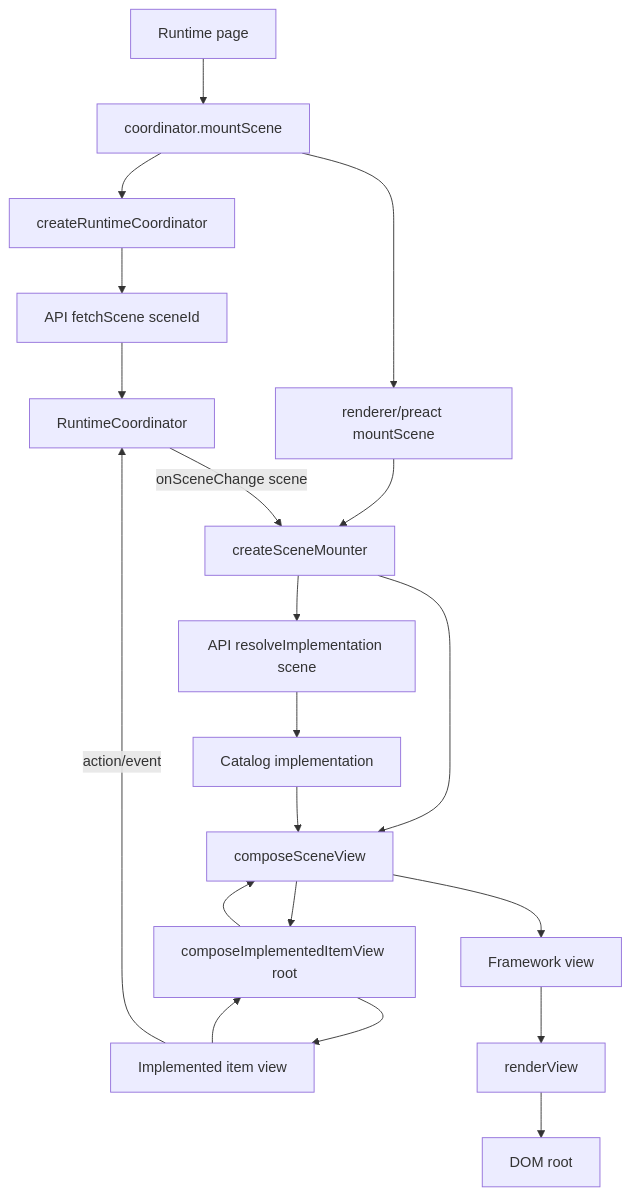
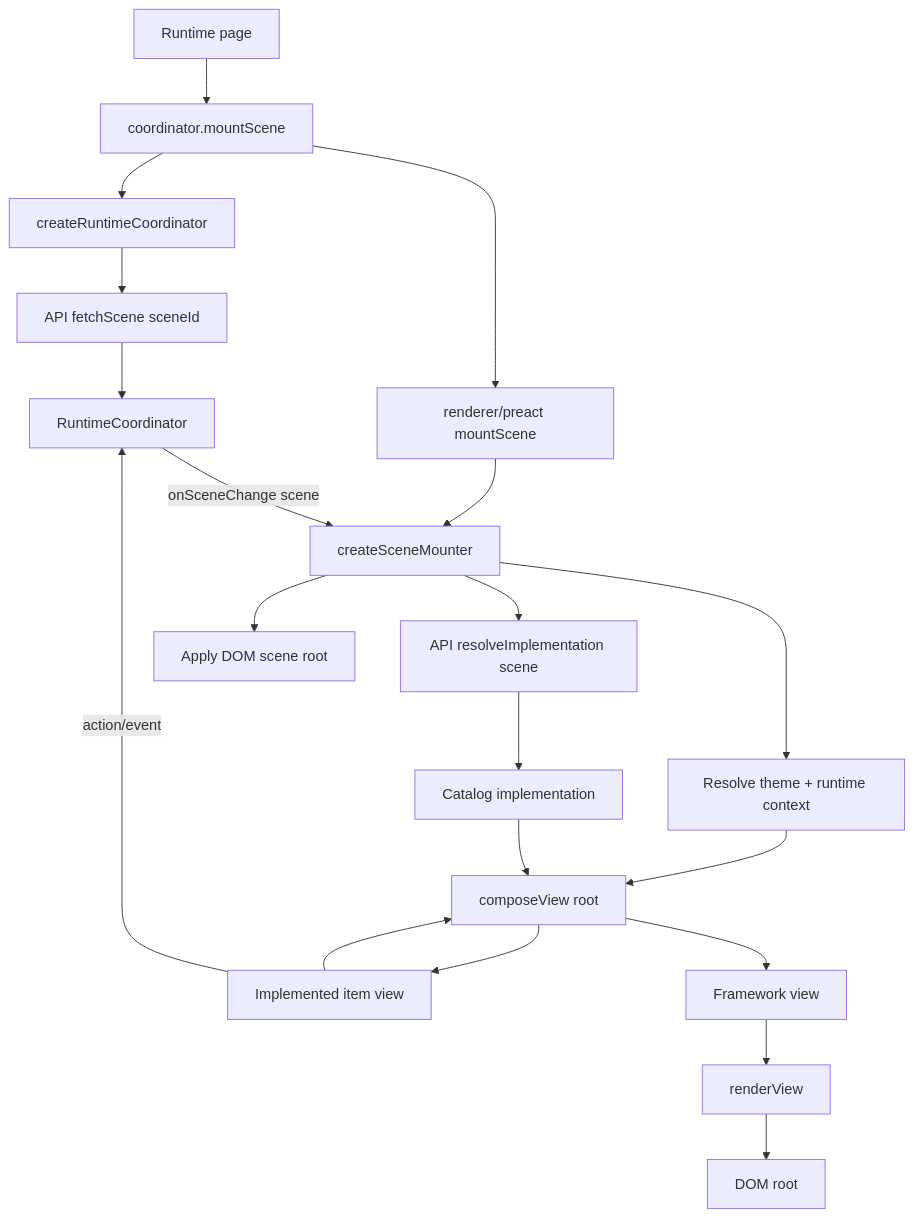
One commit to acolby/catalogspec changed the first of 2 diagrams in experiments/web/renderers/README.md. Above: the diagram before and after it, drawn with Mermaid. The commit also changed other lines of this file and 21 other files, not shown here.

````diff
--- a/experiments/web/renderers/README.md
+++ b/experiments/web/renderers/README.md
@@ -104,25 +93,25 @@
 ```mermaid
 flowchart TD
   A[Runtime page] --> B[coordinator.mountScene]
   B --> C[createRuntimeCoordinator]
   C --> D[API fetchScene sceneId]
   D --> E[RuntimeCoordinator]
   B --> F[renderer/preact mountScene]
   F --> G[createSceneMounter]
 
   E -->|onSceneChange scene| G
   G --> H[API resolveImplementation scene]
   H --> I[Catalog implementation]
+  G --> T[Resolve theme + runtime context]
+  G --> R[Apply DOM scene root]
 
-  G --> J[composeSceneView]
+  T --> J[composeView root]
   I --> J
-  J --> K[composeImplementedItemView root]
-  K --> L[Implemented item view]
-  L --> K
+  J --> K[Implemented item view]
   K --> J
   J --> M[Framework view]
   M --> N[renderView]
   N --> O[DOM root]
 
-  L -->|action/event| E
+  K -->|action/event| E
 ```
````
